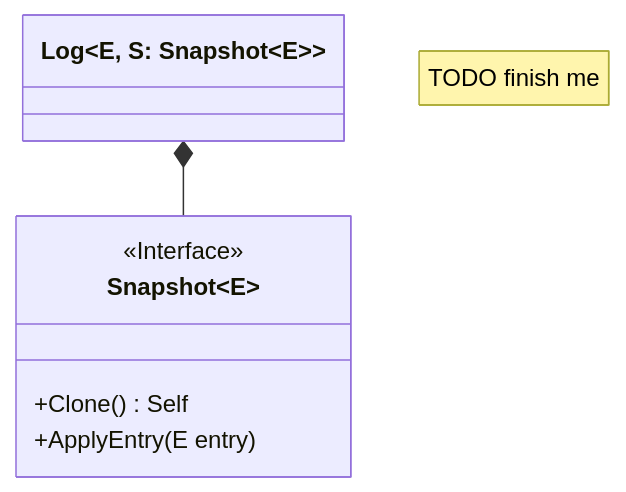
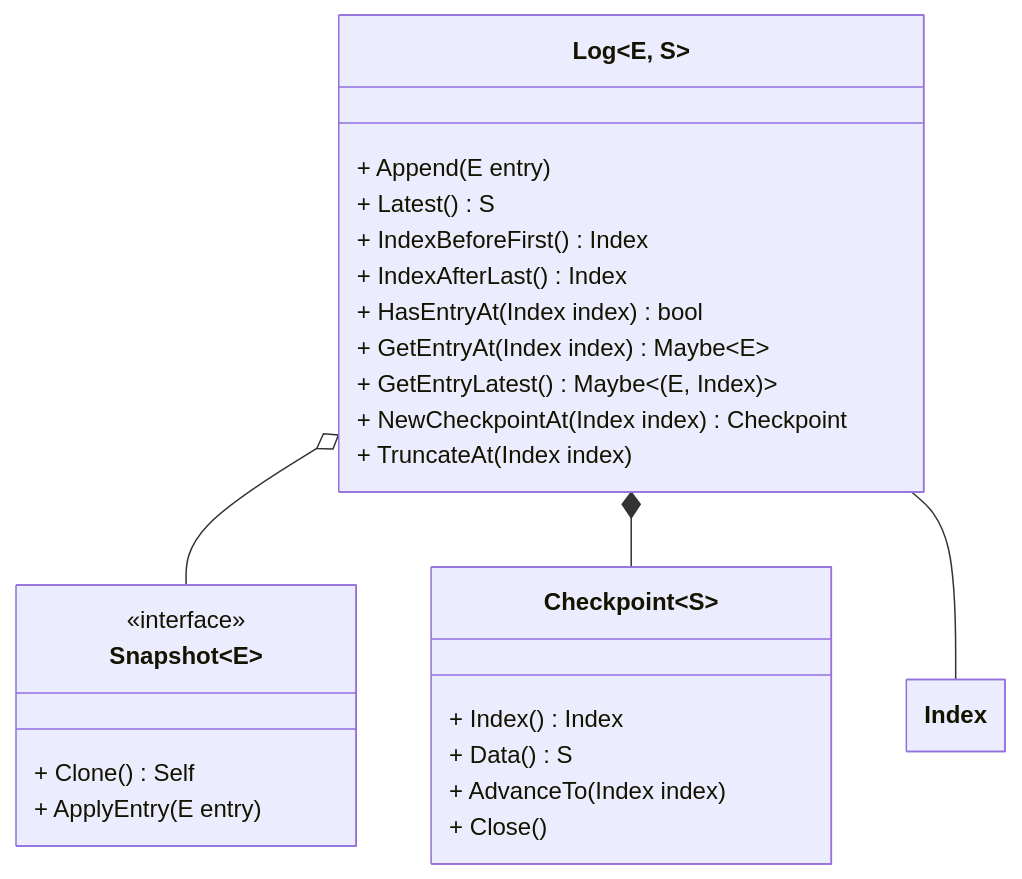
One commit to djsurt/monkey-minder changed the diagram in report/log-diagram.mmd. Above: the diagram before and after it, drawn with Mermaid. The commit also changed 3 other files, not shown here.

Commit message:
diagram work & cleanup

```diff
--- a/report/log-diagram.mmd
+++ b/report/log-diagram.mmd
@@ -1,14 +1,37 @@
 ---
 config:
     # layout: elk
+    class:
+        hideEmptyMembersBox: true
 ---
 classDiagram
-    note "TODO finish me"
     class Snapshot~E~ {
-        <<Interface>>
-        +Clone() Self
-        +ApplyEntry(E entry)
+        <<interface>>
+        + Clone() Self
+        + ApplyEntry(E entry)
     }
-    class Log["Log&lt;E, S: Snapshot&lt;E&gt;&gt;"] {
+    class Log["Log&lt;E, S&gt;"] {
+        + Append(E entry)
+        + Latest() S
+        + IndexBeforeFirst() Index
+        + IndexAfterLast() Index
+        + HasEntryAt(Index index) bool
+        + GetEntryAt(Index index) Maybe~E~
+        + GetEntryLatest() Maybe&lt;&lpar;E, Index&rpar;&gt;
+        + NewCheckpointAt(Index index) Checkpoint
+        + TruncateAt(Index index)
     }
-    Log *-- Snapshot
+
+    Log o-- Snapshot
+
+    class Index
+    class Checkpoint~S~ {
+        + Index() Index
+        + Data() S
+        + AdvanceTo(Index index)
+        + Close()
+    }
+
+    Log *-- Checkpoint
+
+    Log -- Index
```
